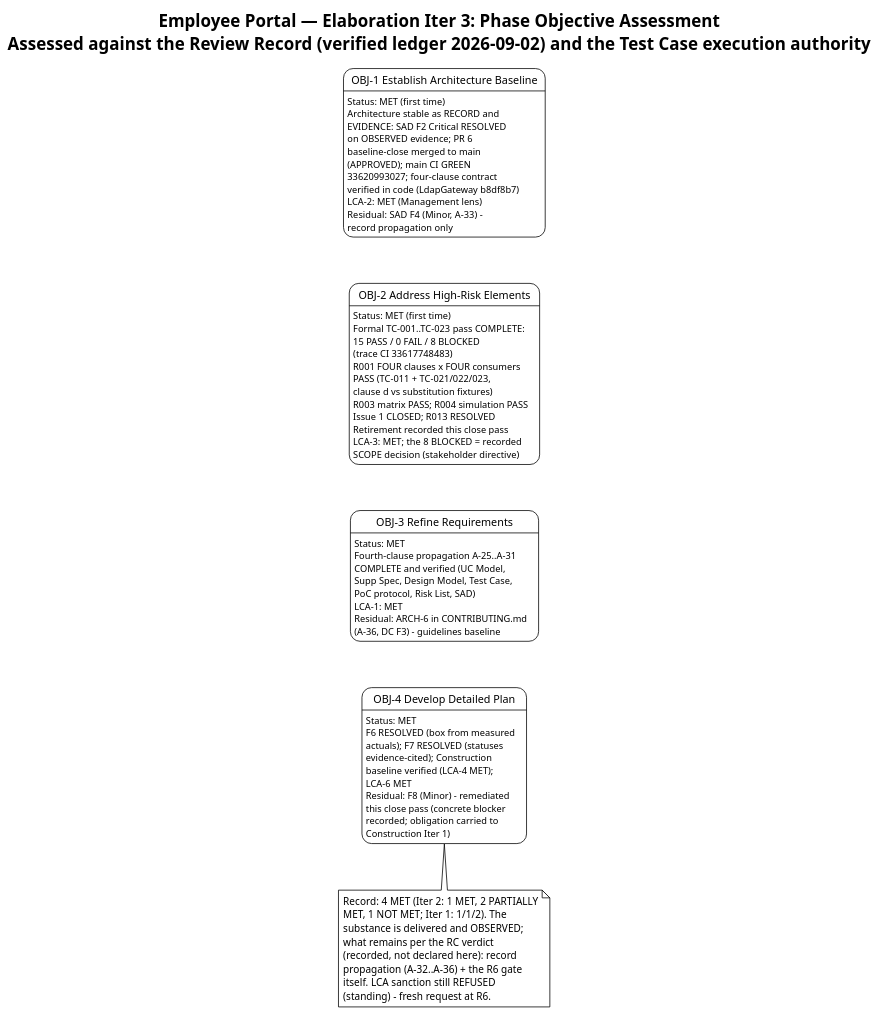
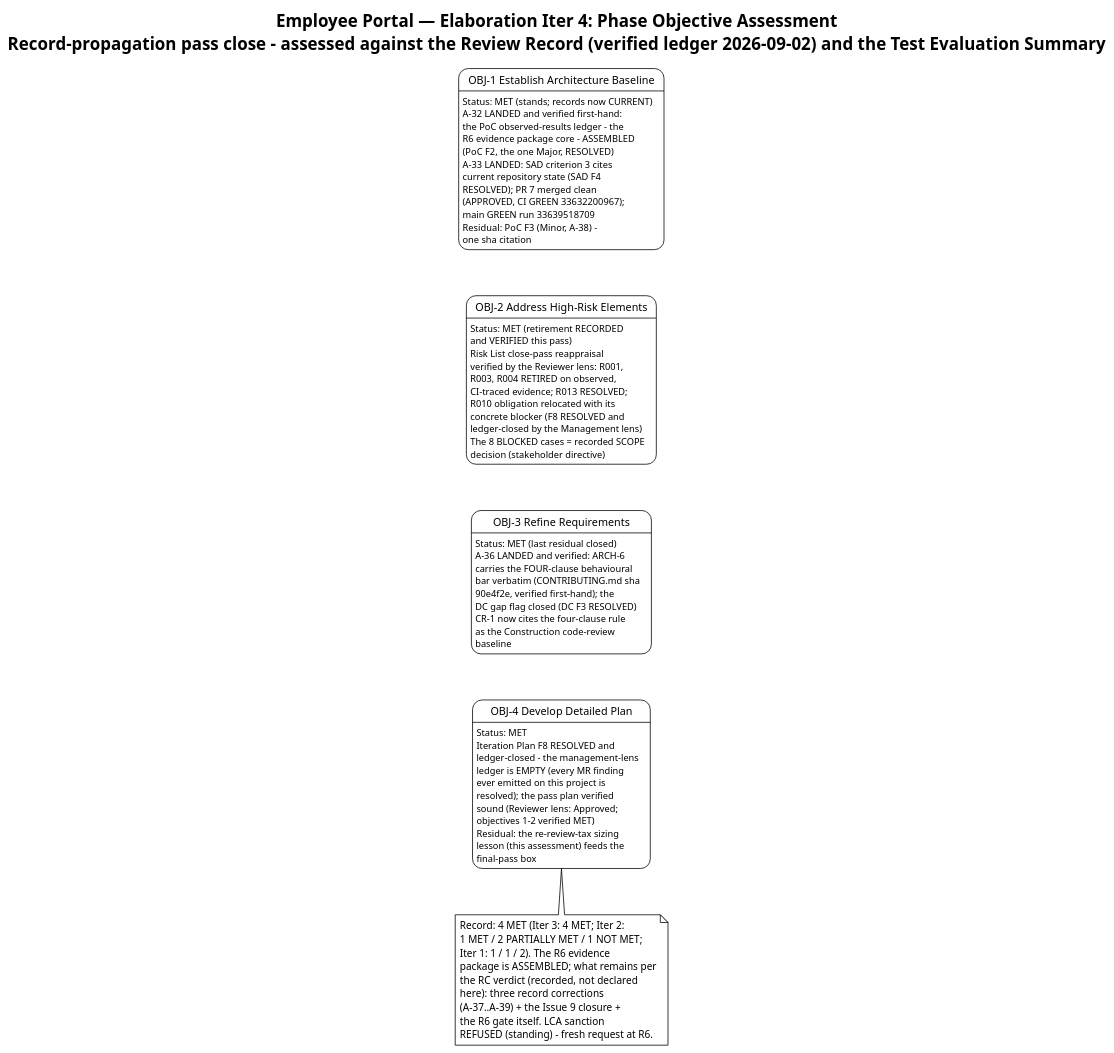
Before and after one commit to banense-test/employee-portal: the first of 5 diagrams in docs/artifacts/project-management/iteration-assessment.md, drawn with PlantUML. The commit also changed other lines of this file, not shown here.

First line of the commit message:
Project Manager [E4]: upsert Iteration Assessment

````diff
--- a/docs/artifacts/project-management/iteration-assessment.md
+++ b/docs/artifacts/project-management/iteration-assessment.md
@@ -21,70 +21,73 @@
 ```plantuml
 @startuml
 !theme plain
-title Employee Portal — Elaboration Iter 3: Phase Objective Assessment\nAssessed against the Review Record (verified ledger 2026-09-02) and the Test Case execution authority
+title Employee Portal — Elaboration Iter 4: Phase Objective Assessment\nRecord-propagation pass close - assessed against the Review Record (verified ledger 2026-09-02) and the Test Evaluation Summary
 
 state "OBJ-1 Establish Architecture Baseline" as OBJ1 {
-  OBJ1 : Status: MET (first time)
-  OBJ1 : Architecture stable as RECORD and
-  OBJ1 : EVIDENCE: SAD F2 Critical RESOLVED
-  OBJ1 : on OBSERVED evidence; PR 6
-  OBJ1 : baseline-close merged to main
-  OBJ1 : (APPROVED); main CI GREEN
-  OBJ1 : 33620993027; four-clause contract
-  OBJ1 : verified in code (LdapGateway b8df8b7)
-  OBJ1 : LCA-2: MET (Management lens)
-  OBJ1 : Residual: SAD F4 (Minor, A-33) -
-  OBJ1 : record propagation only
+  OBJ1 : Status: MET (stands; records now CURRENT)
+  OBJ1 : A-32 LANDED and verified first-hand:
+  OBJ1 : the PoC observed-results ledger - the
+  OBJ1 : R6 evidence package core - ASSEMBLED
+  OBJ1 : (PoC F2, the one Major, RESOLVED)
+  OBJ1 : A-33 LANDED: SAD criterion 3 cites
+  OBJ1 : current repository state (SAD F4
+  OBJ1 : RESOLVED); PR 7 merged clean
+  OBJ1 : (APPROVED, CI GREEN 33632200967);
+  OBJ1 : main GREEN run 33639518709
+  OBJ1 : Residual: PoC F3 (Minor, A-38) -
+  OBJ1 : one sha citation
 }
 state "OBJ-2 Address High-Risk Elements" as OBJ2 {
-  OBJ2 : Status: MET (first time)
-  OBJ2 : Formal TC-001..TC-023 pass COMPLETE:
-  OBJ2 : 15 PASS / 0 FAIL / 8 BLOCKED
-  OBJ2 : (trace CI 33617748483)
-  OBJ2 : R001 FOUR clauses x FOUR consumers
-  OBJ2 : PASS (TC-011 + TC-021/022/023,
-  OBJ2 : clause d vs substitution fixtures)
-  OBJ2 : R003 matrix PASS; R004 simulation PASS
-  OBJ2 : Issue 1 CLOSED; R013 RESOLVED
-  OBJ2 : Retirement recorded this close pass
-  OBJ2 : LCA-3: MET; the 8 BLOCKED = recorded
-  OBJ2 : SCOPE decision (stakeholder directive)
+  OBJ2 : Status: MET (retirement RECORDED
+  OBJ2 : and VERIFIED this pass)
+  OBJ2 : Risk List close-pass reappraisal
+  OBJ2 : verified by the Reviewer lens: R001,
+  OBJ2 : R003, R004 RETIRED on observed,
+  OBJ2 : CI-traced evidence; R013 RESOLVED;
+  OBJ2 : R010 obligation relocated with its
+  OBJ2 : concrete blocker (F8 RESOLVED and
+  OBJ2 : ledger-closed by the Management lens)
+  OBJ2 : The 8 BLOCKED cases = recorded SCOPE
+  OBJ2 : decision (stakeholder directive)
 }
 state "OBJ-3 Refine Requirements" as OBJ3 {
-  OBJ3 : Status: MET
-  OBJ3 : Fourth-clause propagation A-25..A-31
-  OBJ3 : COMPLETE and verified (UC Model,
-  OBJ3 : Supp Spec, Design Model, Test Case,
-  OBJ3 : PoC protocol, Risk List, SAD)
-  OBJ3 : LCA-1: MET
-  OBJ3 : Residual: ARCH-6 in CONTRIBUTING.md
-  OBJ3 : (A-36, DC F3) - guidelines baseline
+  OBJ3 : Status: MET (last residual closed)
+  OBJ3 : A-36 LANDED and verified: ARCH-6
+  OBJ3 : carries the FOUR-clause behavioural
+  OBJ3 : bar verbatim (CONTRIBUTING.md sha
+  OBJ3 : 90e4f2e, verified first-hand); the
+  OBJ3 : DC gap flag closed (DC F3 RESOLVED)
+  OBJ3 : CR-1 now cites the four-clause rule
+  OBJ3 : as the Construction code-review
+  OBJ3 : baseline
 }
 state "OBJ-4 Develop Detailed Plan" as OBJ4 {
   OBJ4 : Status: MET
-  OBJ4 : F6 RESOLVED (box from measured
-  OBJ4 : actuals); F7 RESOLVED (statuses
-  OBJ4 : evidence-cited); Construction
-  OBJ4 : baseline verified (LCA-4 MET);
-  OBJ4 : LCA-6 MET
-  OBJ4 : Residual: F8 (Minor) - remediated
-  OBJ4 : this close pass (concrete blocker
-  OBJ4 : recorded; obligation carried to
-  OBJ4 : Construction Iter 1)
+  OBJ4 : Iteration Plan F8 RESOLVED and
+  OBJ4 : ledger-closed - the management-lens
+  OBJ4 : ledger is EMPTY (every MR finding
+  OBJ4 : ever emitted on this project is
+  OBJ4 : resolved); the pass plan verified
+  OBJ4 : sound (Reviewer lens: Approved;
+  OBJ4 : objectives 1-2 verified MET)
+  OBJ4 : Residual: the re-review-tax sizing
+  OBJ4 : lesson (this assessment) feeds the
+  OBJ4 : final-pass box
 }
 OBJ1 -[hidden]-> OBJ2
 OBJ2 -[hidden]-> OBJ3
 OBJ3 -[hidden]-> OBJ4
 
 note bottom of OBJ4
-  Record: 4 MET (Iter 2: 1 MET, 2 PARTIALLY
-  MET, 1 NOT MET; Iter 1: 1/1/2). The
-  substance is delivered and OBSERVED;
-  what remains per the RC verdict
-  (recorded, not declared here): record
-  propagation (A-32..A-36) + the R6 gate
-  itself. LCA sanction still REFUSED
-  (standing) - fresh request at R6.
+  Record: 4 MET (Iter 3: 4 MET; Iter 2:
+  1 MET / 2 PARTIALLY MET / 1 NOT MET;
+  Iter 1: 1 / 1 / 2). The R6 evidence
+  package is ASSEMBLED; what remains per
+  the RC verdict (recorded, not declared
+  here): three record corrections
+  (A-37..A-39) + the Issue 9 closure +
+  the R6 gate itself. LCA sanction
+  REFUSED (standing) - fresh request at R6.
 end note
 @enduml
 ```
````
